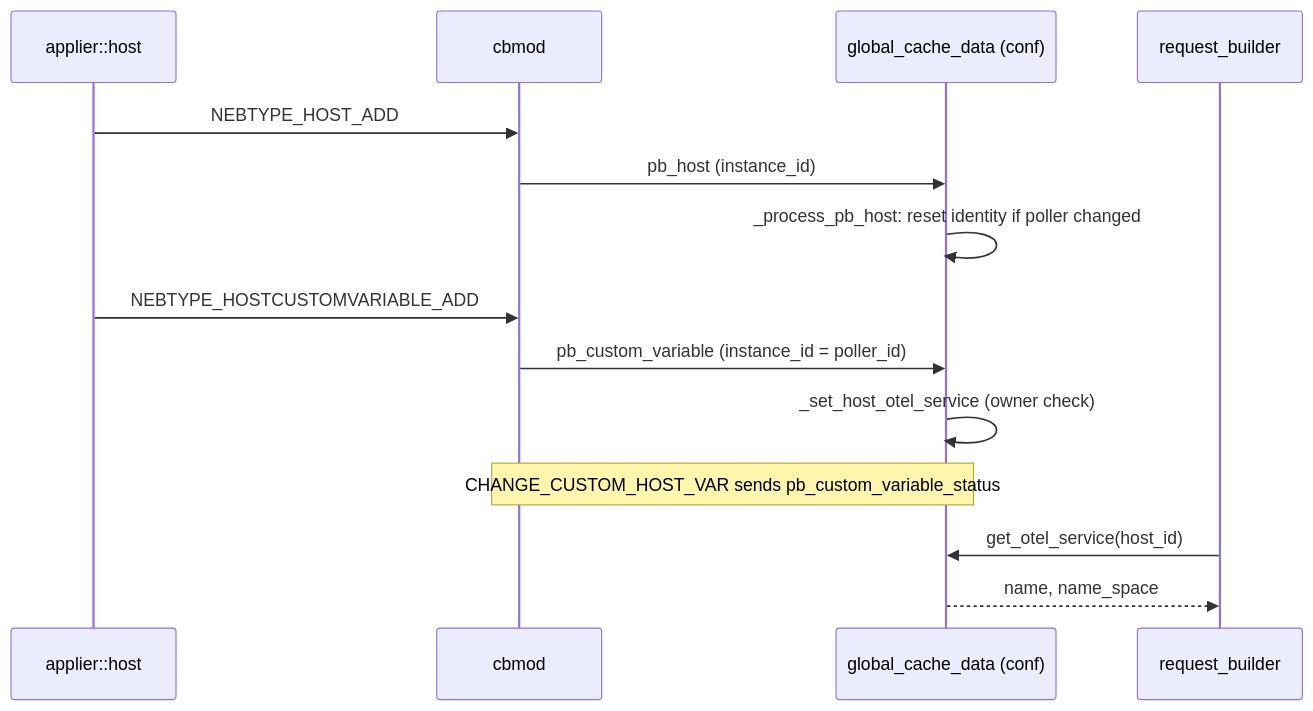
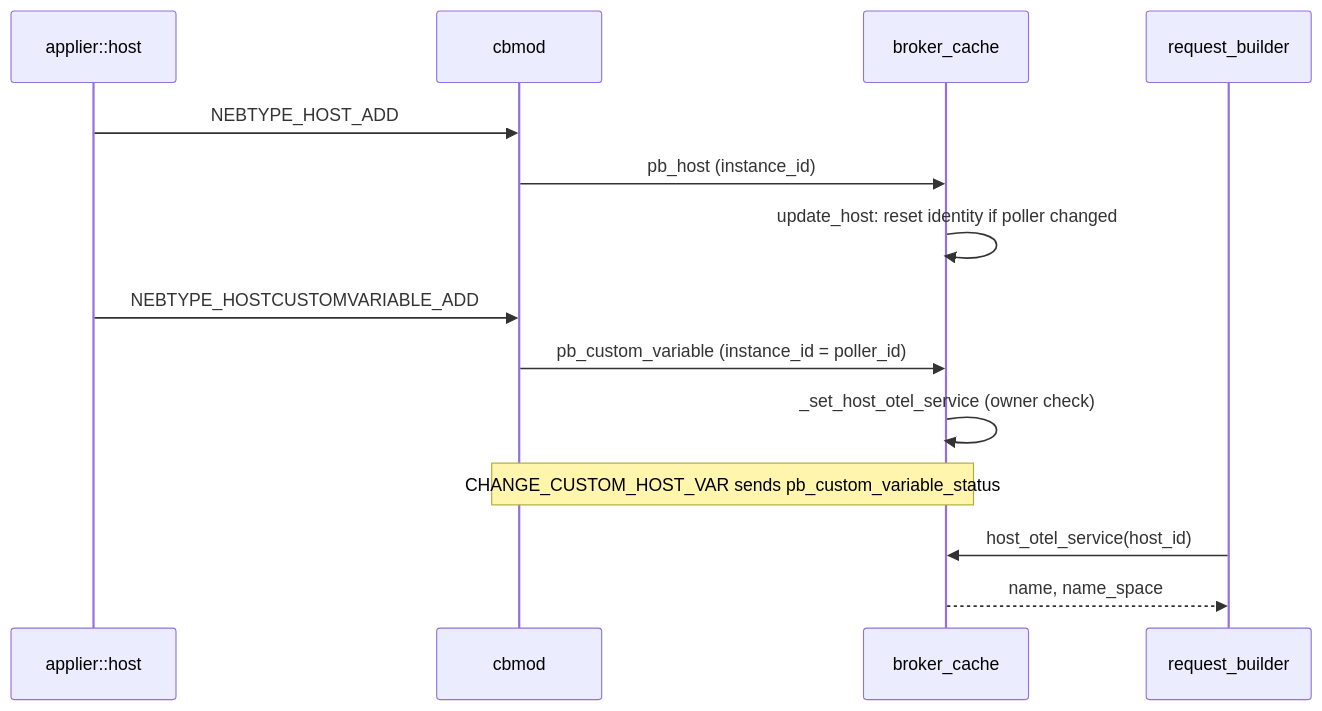
Before and after one commit to centreon/centreon-collect: the fifth of 5 diagrams in broker/doc/doc-otlp.md, drawn with Mermaid. The commit also changed other lines of this file and 3 other files, not shown here.

First line of the commit message:
docs(broker): broker_cache replaces the global cache in the documentation

````diff
--- a/broker/doc/doc-otlp.md
+++ b/broker/doc/doc-otlp.md
@@ -535,17 +534,17 @@
 ```mermaid
 sequenceDiagram
     participant APP as applier::host
     participant CBM as cbmod
-    participant GC as global_cache_data (conf)
+    participant GC as broker_cache
     participant RB as request_builder
 
     APP->>CBM: NEBTYPE_HOST_ADD
     CBM->>GC: pb_host (instance_id)
-    GC->>GC: _process_pb_host: reset identity if poller changed
+    GC->>GC: update_host: reset identity if poller changed
     APP->>CBM: NEBTYPE_HOSTCUSTOMVARIABLE_ADD
     CBM->>GC: pb_custom_variable (instance_id = poller_id)
     GC->>GC: _set_host_otel_service (owner check)
     Note over CBM,GC: CHANGE_CUSTOM_HOST_VAR sends pb_custom_variable_status
-    RB->>GC: get_otel_service(host_id)
+    RB->>GC: host_otel_service(host_id)
     GC-->>RB: name, name_space
 ```
````
